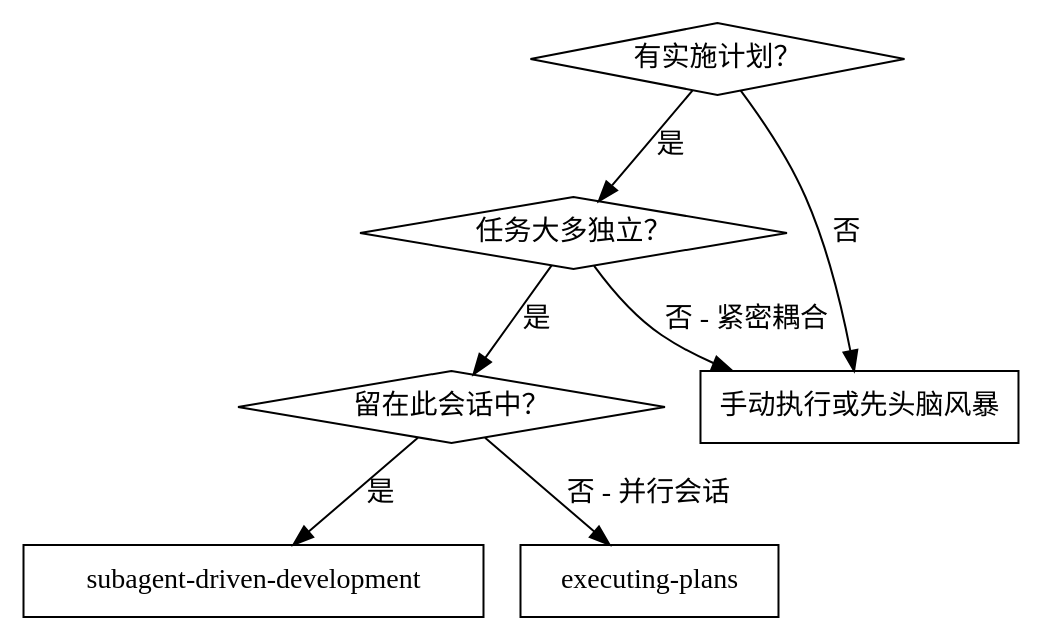
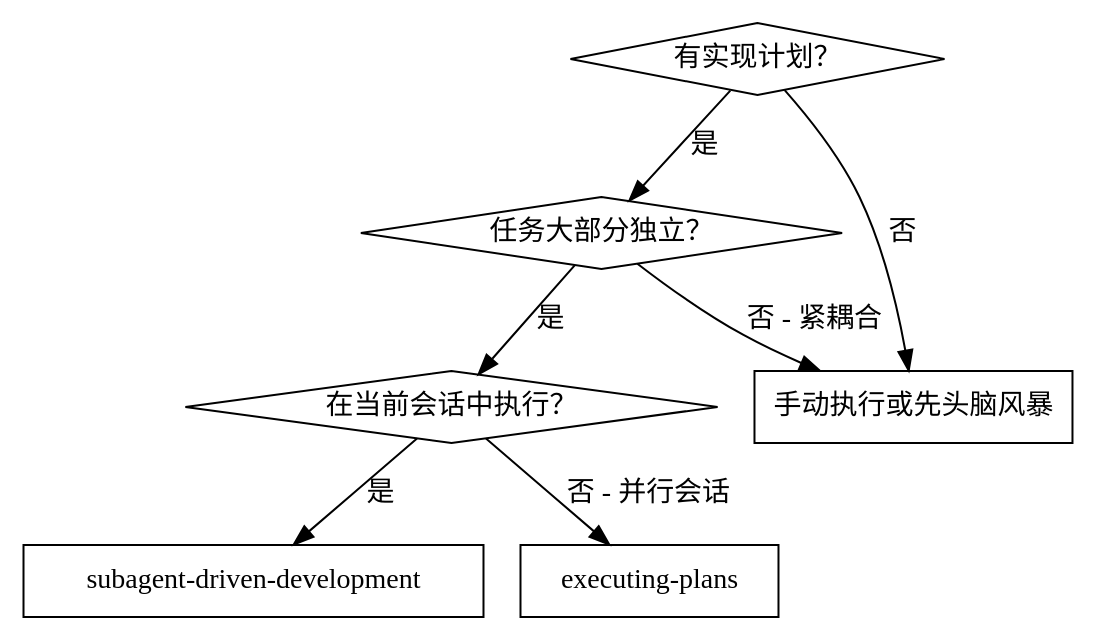
Before and after one commit to camtrik/harness-study: the first of 2 diagrams in superpower/translation-cn/.claude/skills/subagent-driven-development/SKILL.md, drawn with Graphviz. The commit also changed other lines of this file and 42 other files, not shown here.

````diff
--- a/superpower/translation-cn/.claude/skills/subagent-driven-development/SKILL.md
+++ b/superpower/translation-cn/.claude/skills/subagent-driven-development/SKILL.md
@@ -18,17 +18,17 @@
 ```dot
 digraph when_to_use {
-    "有实施计划？" [shape=diamond];
-    "任务大多独立？" [shape=diamond];
-    "留在此会话中？" [shape=diamond];
+    "有实现计划？" [shape=diamond];
+    "任务大部分独立？" [shape=diamond];
+    "在当前会话中执行？" [shape=diamond];
     "subagent-driven-development" [shape=box];
     "executing-plans" [shape=box];
     "手动执行或先头脑风暴" [shape=box];
 
-    "有实施计划？" -> "任务大多独立？" [label="是"];
-    "有实施计划？" -> "手动执行或先头脑风暴" [label="否"];
-    "任务大多独立？" -> "留在此会话中？" [label="是"];
-    "任务大多独立？" -> "手动执行或先头脑风暴" [label="否 - 紧密耦合"];
-    "留在此会话中？" -> "subagent-driven-development" [label="是"];
-    "留在此会话中？" -> "executing-plans" [label="否 - 并行会话"];
+    "有实现计划？" -> "任务大部分独立？" [label="是"];
+    "有实现计划？" -> "手动执行或先头脑风暴" [label="否"];
+    "任务大部分独立？" -> "在当前会话中执行？" [label="是"];
+    "任务大部分独立？" -> "手动执行或先头脑风暴" [label="否 - 紧耦合"];
+    "在当前会话中执行？" -> "subagent-driven-development" [label="是"];
+    "在当前会话中执行？" -> "executing-plans" [label="否 - 并行会话"];
 }
 ```
````
